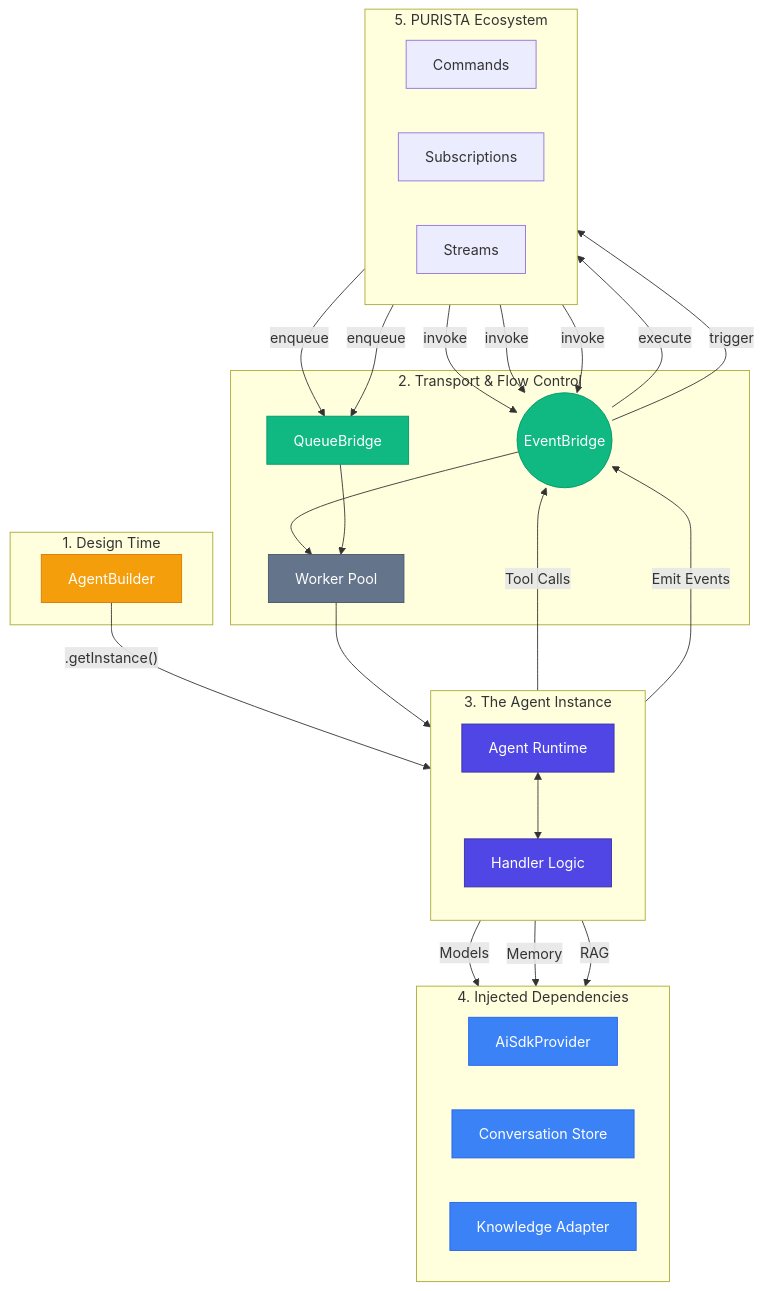
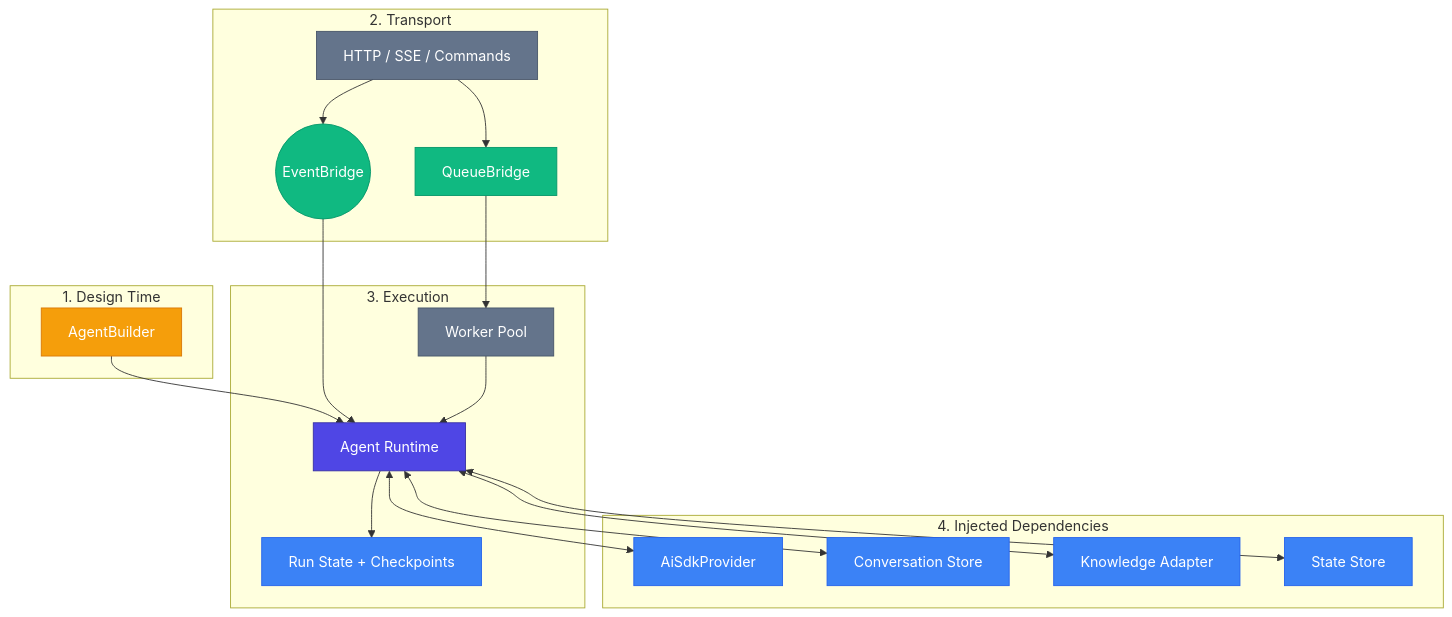
Before and after one commit to puristajs/purista: the diagram in website/doc/handbook/2_building_business-logic/agent/index.md, drawn with Mermaid. The commit also changed other lines of this file and 1033 other files, not shown here.

Commit message:
Add queued durable agent execution model

````diff
--- a/website/doc/handbook/2_building_business-logic/agent/index.md
+++ b/website/doc/handbook/2_building_business-logic/agent/index.md
@@ -15,60 +20,42 @@
 ```mermaid
 flowchart TB
-    %% Style Definitions
     classDef builder fill:#f59e0b,color:#fff,stroke:#d97706
     classDef runtime fill:#4f46e5,color:#fff,stroke:#3730a3
     classDef bridge fill:#10b981,color:#fff,stroke:#059669
     classDef storage fill:#3b82f6,color:#fff,stroke:#2563eb
     classDef transport fill:#64748b,color:#fff,stroke:#475569
 
     subgraph Design ["1. Design Time"]
         B[AgentBuilder]:::builder
     end
 
-    subgraph Transport ["2. Transport & Flow Control"]
+    subgraph Transport ["2. Transport"]
         EB((EventBridge)):::bridge
         QB[QueueBridge]:::bridge
-        WP[Worker Pool]:::transport
+        HTTP[HTTP / SSE / Commands]:::transport
     end
 
-    subgraph Runtime ["3. The Agent Instance"]
-        direction TB
+    subgraph Runtime ["3. Execution"]
         AI[Agent Runtime]:::runtime
-        AH[Handler Logic]:::runtime
+        W[Worker Pool]:::transport
+        RUN[Run State + Checkpoints]:::storage
     end
 
     subgraph Deps ["4. Injected Dependencies"]
-        direction LR
         P[AiSdkProvider]:::storage
         CS[Conversation Store]:::storage
         KA[Knowledge Adapter]:::storage
+        ST[State Store]:::storage
     end
 
-    subgraph Ecosystem ["5. PURISTA Ecosystem"]
-        direction LR
-        CMD[Commands]
-        SUB[Subscriptions]
-        STR[Streams]
-    end
-
-    %% Connection Logic
-    B -- ".getInstance()" --> AI
-    
-    CMD & SUB & STR -- "invoke" --> EB
-    CMD & SUB -- "enqueue" --> QB
-    
-    EB & QB --> WP
-    WP --> AI
-    
-    AI <--> AH
-    
-    AH -- "Models" --> P
-    AH -- "Memory" --> CS
-    AH -- "RAG" --> KA
-    
-    AH -- "Tool Calls" --> EB
-    AH -- "Emit Events" --> EB
-    
-    EB -- "execute" --> CMD
-    EB -- "trigger" --> SUB
+    B --> AI
+    HTTP --> EB
+    HTTP --> QB
+    EB --> AI
+    QB --> W --> AI
+    AI --> RUN
+    AI <--> P
+    AI <--> CS
+    AI <--> KA
+    AI <--> ST
 ```
````
